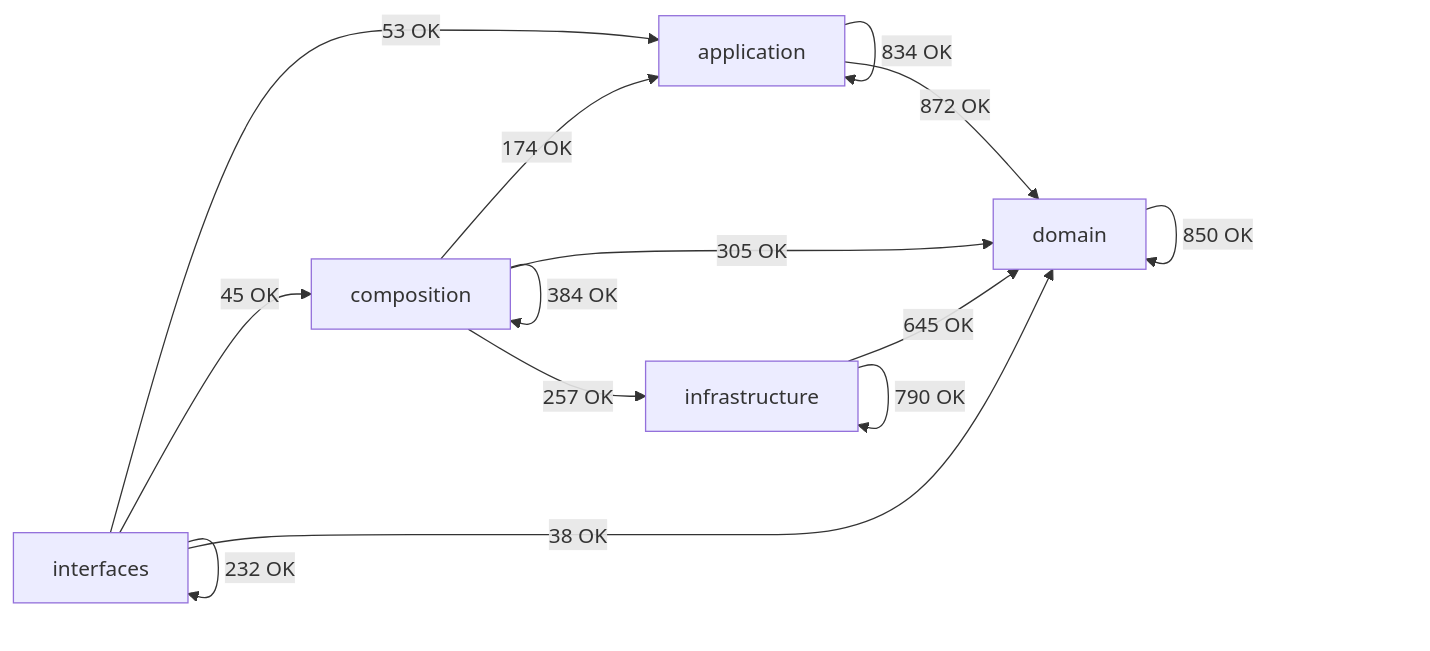
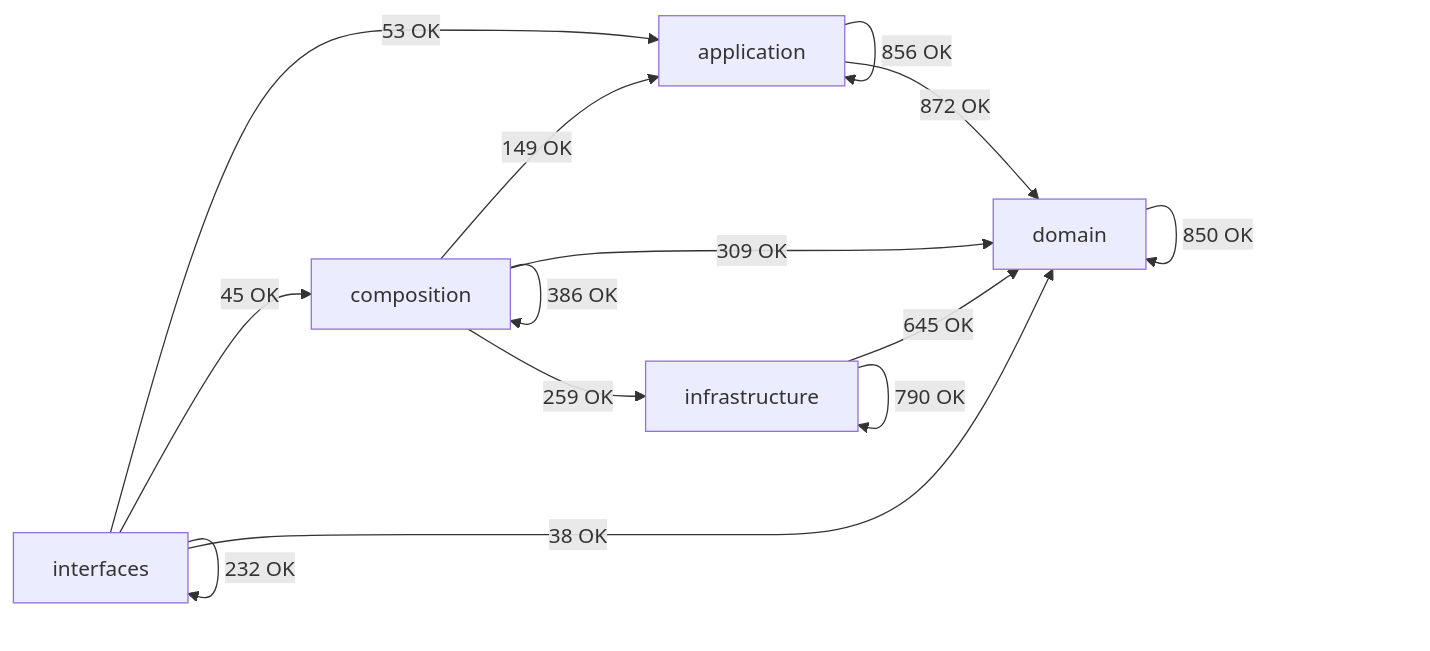
Before and after one commit to SatoryKono/BioactivityDataAcquisition: the diagram in docs/02-architecture/generated/module-dependency-map.md, drawn with Mermaid. The commit also changed other lines of this file and 9 other files, not shown here.

````diff
--- a/docs/02-architecture/generated/module-dependency-map.md
+++ b/docs/02-architecture/generated/module-dependency-map.md
@@ -17,21 +17,21 @@
 ```mermaid
 flowchart LR
     domain[domain]
     application[application]
     infrastructure[infrastructure]
     composition[composition]
     interfaces[interfaces]
-    application -->|834 OK| application
+    application -->|856 OK| application
     application -->|872 OK| domain
-    composition -->|174 OK| application
-    composition -->|384 OK| composition
-    composition -->|305 OK| domain
-    composition -->|257 OK| infrastructure
+    composition -->|149 OK| application
+    composition -->|386 OK| composition
+    composition -->|309 OK| domain
+    composition -->|259 OK| infrastructure
     domain -->|850 OK| domain
     infrastructure -->|645 OK| domain
     infrastructure -->|790 OK| infrastructure
     interfaces -->|53 OK| application
     interfaces -->|45 OK| composition
     interfaces -->|38 OK| domain
     interfaces -->|232 OK| interfaces
 ```
````
